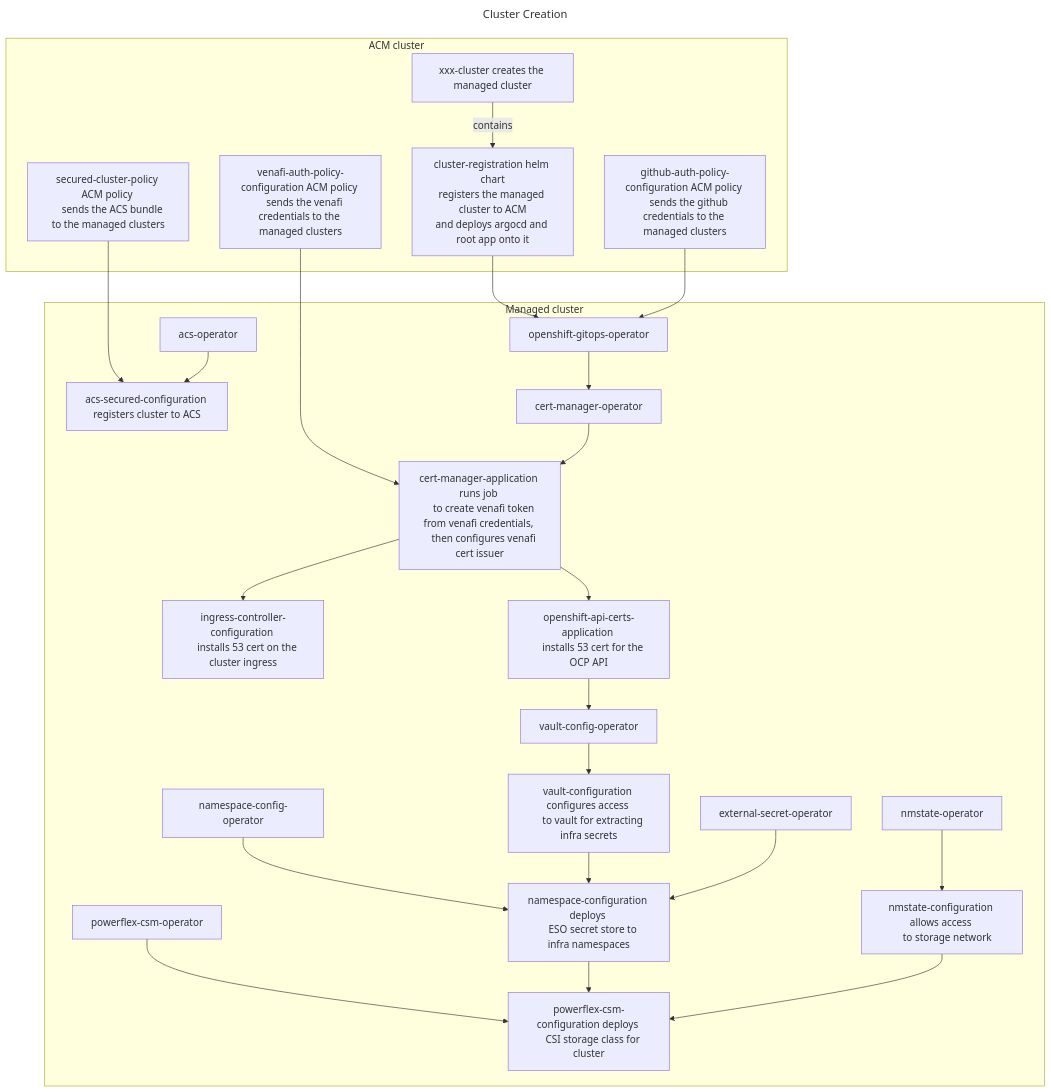
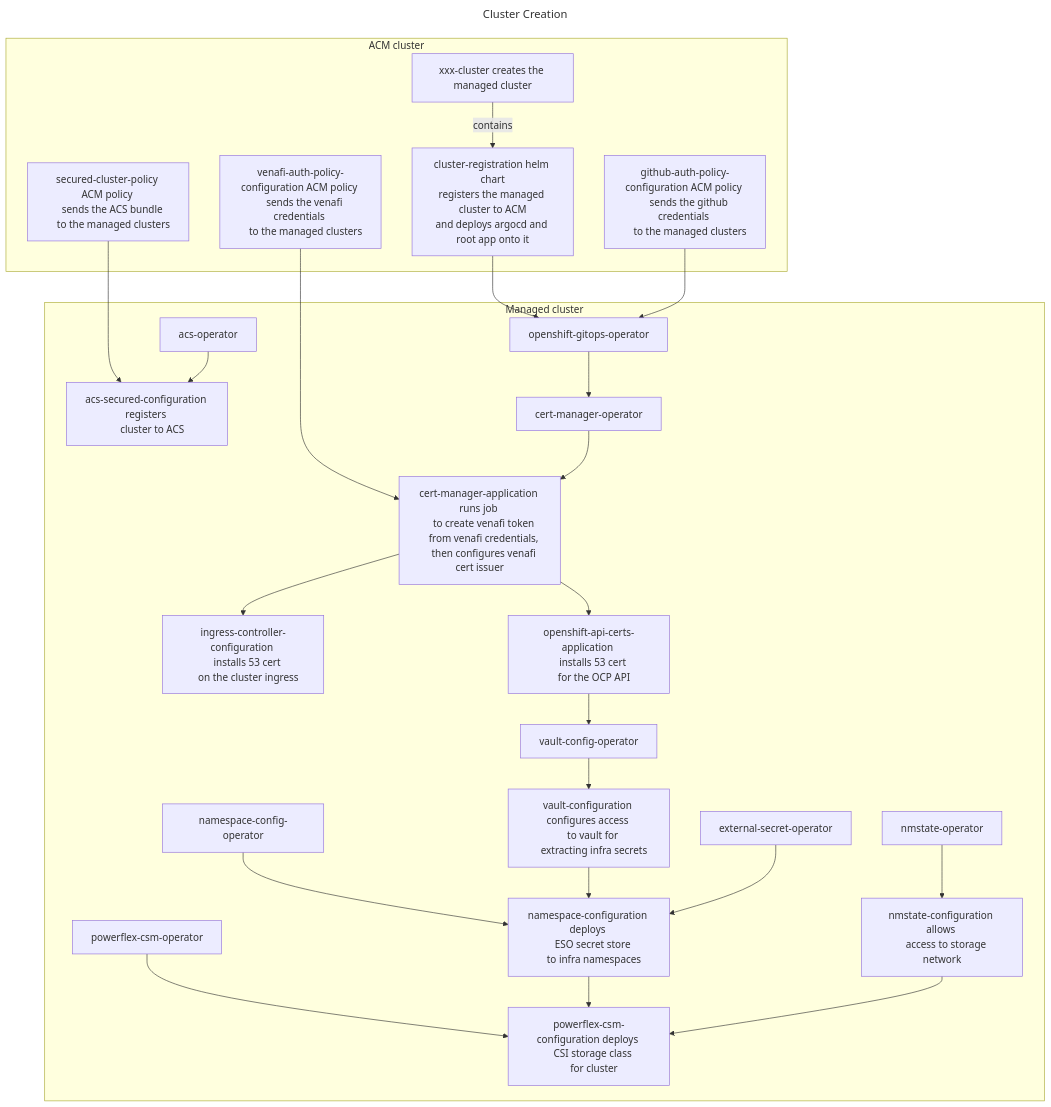
One commit to mmwillingham/acm changed the diagram in test-mermaid/test-mermaid.build.md. Above: the diagram before and after it, drawn with Mermaid.

````diff
--- a/test-mermaid/test-mermaid.build.md
+++ b/test-mermaid/test-mermaid.build.md
@@ -2,55 +2,65 @@
 ```mermaid
 ---
 title: Cluster Creation
 ---
 flowchart TD
     venafi-auth-policy-configuration --> cert-manager-application
     cluster-registration --> openshift-gitops-operator
     github-auth-policy-configuration --> openshift-gitops-operator
     secured-cluster-policy --> acs-secured-configuration
 
   subgraph "ACM cluster"
     xxx-cluster["xxx-cluster creates the managed cluster"] -- contains --> cluster-registration["cluster-registration helm chart
 registers the managed cluster to ACM
 and deploys argocd and root app onto it"]
     venafi-auth-policy-configuration["venafi-auth-policy-configuration ACM policy 
-    sends the venafi credentials to the managed clusters"]
+    sends the venafi credentials 
+    to the managed clusters"]
     github-auth-policy-configuration["github-auth-policy-configuration ACM policy 
-    sends the github credentials to the managed clusters"]
+    sends the github credentials 
+    to the managed clusters"]
     secured-cluster-policy["secured-cluster-policy ACM policy 
-    sends the ACS bundle to the managed clusters"]
+    sends the ACS bundle 
+    to the managed clusters"]
   end
 
   subgraph "Managed cluster"
     openshift-gitops-operator --> cert-manager-operator
     cert-manager-operator --> cert-manager-application["cert-manager-application runs job 
-    to create venafi token from venafi credentials, 
+    to create venafi token 
+    from venafi credentials, 
     then configures venafi cert issuer"]
     cert-manager-application --> ingress-controller-configuration["ingress-controller-configuration 
-    installs 53 cert on the cluster ingress"]
+    installs 53 cert 
+    on the cluster ingress"]
     cert-manager-application --> openshift-api-certs-application["openshift-api-certs-application 
-    installs 53 cert for the OCP API"]
+    installs 53 cert 
+    for the OCP API"]
     openshift-api-certs-application --> vault-config-operator
     vault-config-operator --> vault-configuration["vault-configuration configures access 
-    to vault for extracting infra secrets"]
-    nmstate-operator --> nmstate-configuration["nmstate-configuration allows access 
-    to storage network"]
+    to vault for 
+    extracting infra secrets"]
+    nmstate-operator --> nmstate-configuration["nmstate-configuration allows 
+    access to storage network"]
     namespace-config-operator --> namespace-configuration["namespace-configuration deploys 
-    ESO secret store to infra namespaces"]
+    ESO secret store 
+    to infra namespaces"]
     vault-configuration --> namespace-configuration
     external-secret-operator --> namespace-configuration
     powerflex-csm-operator --> powerflex-csm-configuration["powerflex-csm-configuration deploys 
-    CSI storage class for cluster"]
+    CSI storage class 
+    for cluster"]
     namespace-configuration --> powerflex-csm-configuration
     nmstate-configuration --> powerflex-csm-configuration
-    acs-operator --> acs-secured-configuration["acs-secured-configuration registers cluster to ACS"] 
+    acs-operator --> acs-secured-configuration["acs-secured-configuration registers 
+    cluster to ACS"] 
   end
 
 
 
 
 
 
 
 
 ```
````
